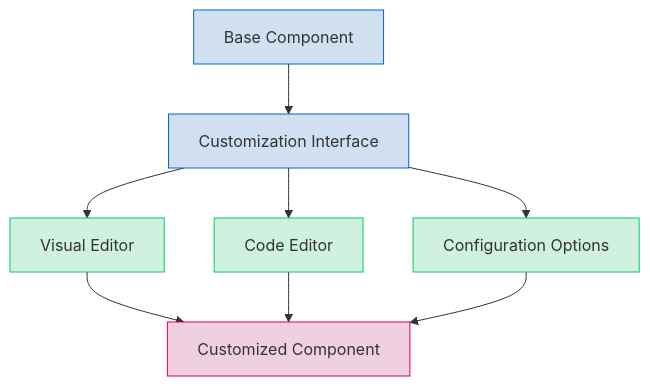
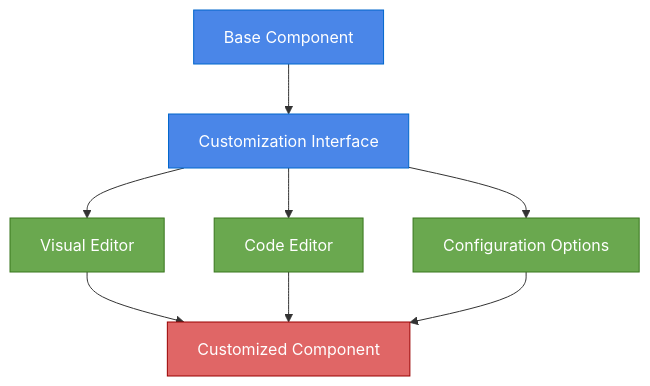
Before and after one commit to hungmanhdo/componentcraft_ai: diagram 22 of 27 in advance.md, drawn with Mermaid. The commit also changed other lines of this file and 1 other file, not shown here.

Commit message:
Update style of charts

````diff
--- a/advance.md
+++ b/advance.md
@@ -806,18 +806,18 @@
 ```mermaid
 graph TD
     A[Base Component] --> B[Customization Interface]
     B --> C[Visual Editor]
     B --> D[Code Editor]
     B --> E[Configuration Options]
 
     C --> F[Customized Component]
     D --> F
     E --> F
 
-    style A fill:#d0e0f0,stroke:#0066cc
-    style B fill:#d0e0f0,stroke:#0066cc
-    style C fill:#d0f0e0,stroke:#00cc66
-    style D fill:#d0f0e0,stroke:#00cc66
-    style E fill:#d0f0e0,stroke:#00cc66
-    style F fill:#f0d0e0,stroke:#cc0066
+    style A fill:#4a86e8,stroke:#0066cc,color:#ffffff
+    style B fill:#4a86e8,stroke:#0066cc,color:#ffffff
+    style C fill:#6aa84f,stroke:#38761d,color:#ffffff
+    style D fill:#6aa84f,stroke:#38761d,color:#ffffff
+    style E fill:#6aa84f,stroke:#38761d,color:#ffffff
+    style F fill:#e06666,stroke:#990000,color:#ffffff
 ```
````
